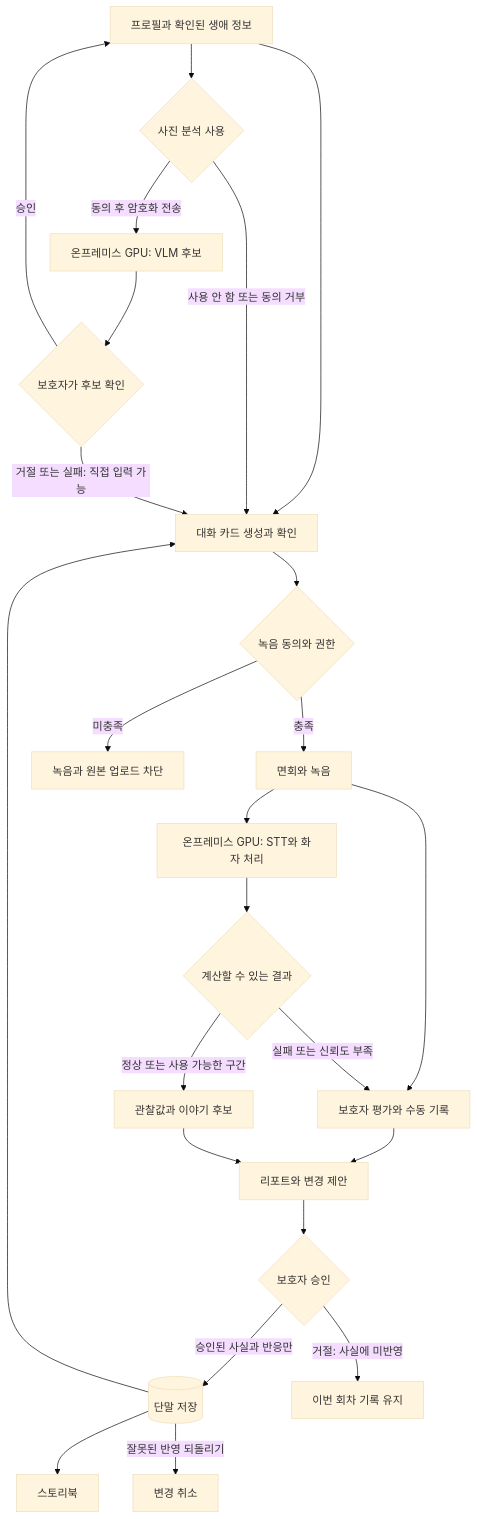
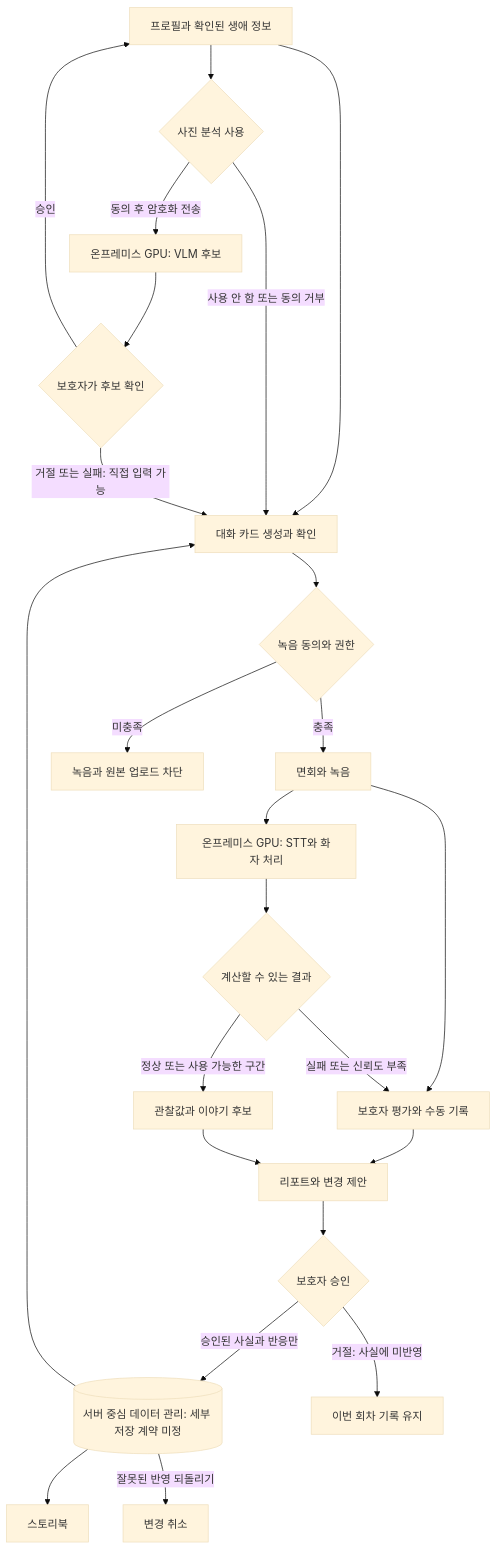
The diagram in docs/architecture/README.md (kakaotechcampus-4/ktc4-chungnam-1), drawn with Mermaid (base theme) before and after one commit. The commit also changed other lines of this file and 9 other files, not shown here.

````diff
--- a/docs/architecture/README.md
+++ b/docs/architecture/README.md
@@ -11,26 +11,26 @@
 ```mermaid
 flowchart TD
     P["프로필과 확인된 생애 정보"] --> G["대화 카드 생성과 확인"]
     P --> I{"사진 분석 사용"}
     I -->|동의 후 암호화 전송| V["온프레미스 GPU: VLM 후보"]
     I -->|사용 안 함 또는 동의 거부| G
     V --> C{"보호자가 후보 확인"}
     C -->|승인| P
     C -->|거절 또는 실패: 직접 입력 가능| G
     G --> A{"녹음 동의와 권한"}
     A -->|충족| R["면회와 녹음"]
     A -->|미충족| STOP["녹음과 원본 업로드 차단"]
     R --> T["온프레미스 GPU: STT와 화자 처리"]
     R --> E["보호자 평가와 수동 기록"]
     T --> Q{"계산할 수 있는 결과"}
     Q -->|정상 또는 사용 가능한 구간| O["관찰값과 이야기 후보"]
     Q -->|실패 또는 신뢰도 부족| E
     E --> REP["리포트와 변경 제안"]
     O --> REP
     REP --> U{"보호자 승인"}
-    U -->|승인된 사실과 반응만| D[("단말 저장")]
+    U -->|승인된 사실과 반응만| D[("서버 중심 데이터 관리: 세부 저장 계약 미정")]
     U -->|거절: 사실에 미반영| KEEP["이번 회차 기록 유지"]
     D --> B["스토리북"]
     D --> G
     D -->|잘못된 반영 되돌리기| REV["변경 취소"]
 ```
````
